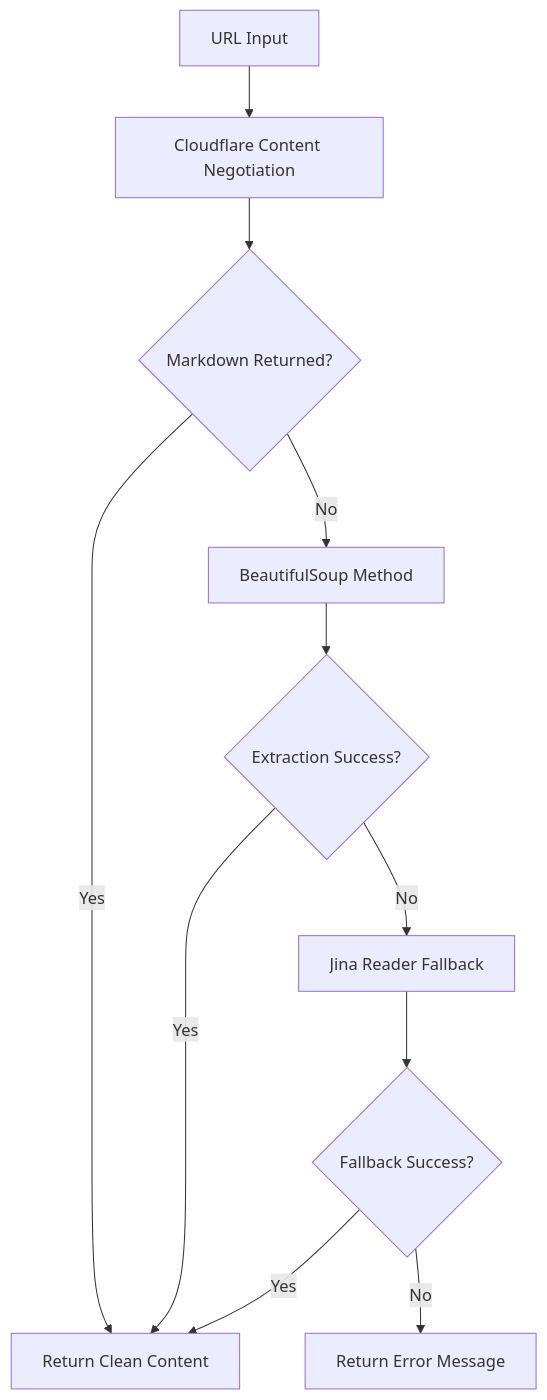
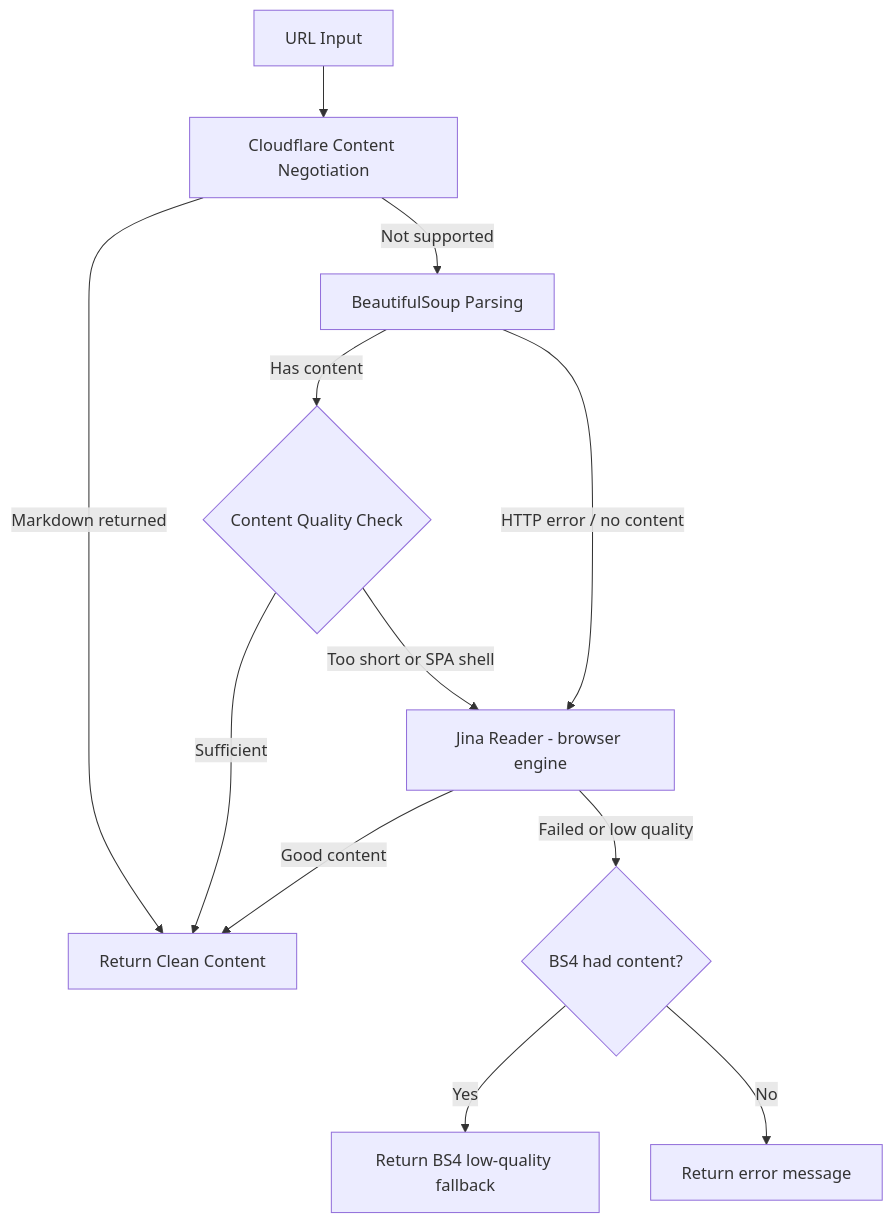
One commit to Oaklight/toolregistry-hub changed the diagram in docs/tools/websearch/web_fetch_tool.md. Above: the diagram before and after it, drawn with Mermaid. The commit also changed other lines of this file, not shown here.

````diff
--- a/docs/tools/websearch/web_fetch_tool.md
+++ b/docs/tools/websearch/web_fetch_tool.md
@@ -77,13 +78,14 @@
 ```mermaid
-graph TD
+flowchart TD
     A[URL Input] --> B[Cloudflare Content Negotiation]
-    B --> C{Markdown Returned?}
-    C -->|Yes| D[Return Clean Content]
-    C -->|No| E[BeautifulSoup Method]
-    E --> F{Extraction Success?}
-    F -->|Yes| D
-    F -->|No| G[Jina Reader Fallback]
-    G --> H{Fallback Success?}
-    H -->|Yes| D
-    H -->|No| I[Return Error Message]
+    B -->|Markdown returned| Z[Return Clean Content]
+    B -->|Not supported| C[BeautifulSoup Parsing]
+    C -->|Has content| D{Content Quality Check}
+    D -->|Sufficient| Z
+    C -->|HTTP error / no content| F
+    D -->|Too short or SPA shell| F[Jina Reader - browser engine]
+    F -->|Good content| Z
+    F -->|Failed or low quality| G{BS4 had content?}
+    G -->|Yes| H[Return BS4 low-quality fallback]
+    G -->|No| I[Return error message]
 ```
````
